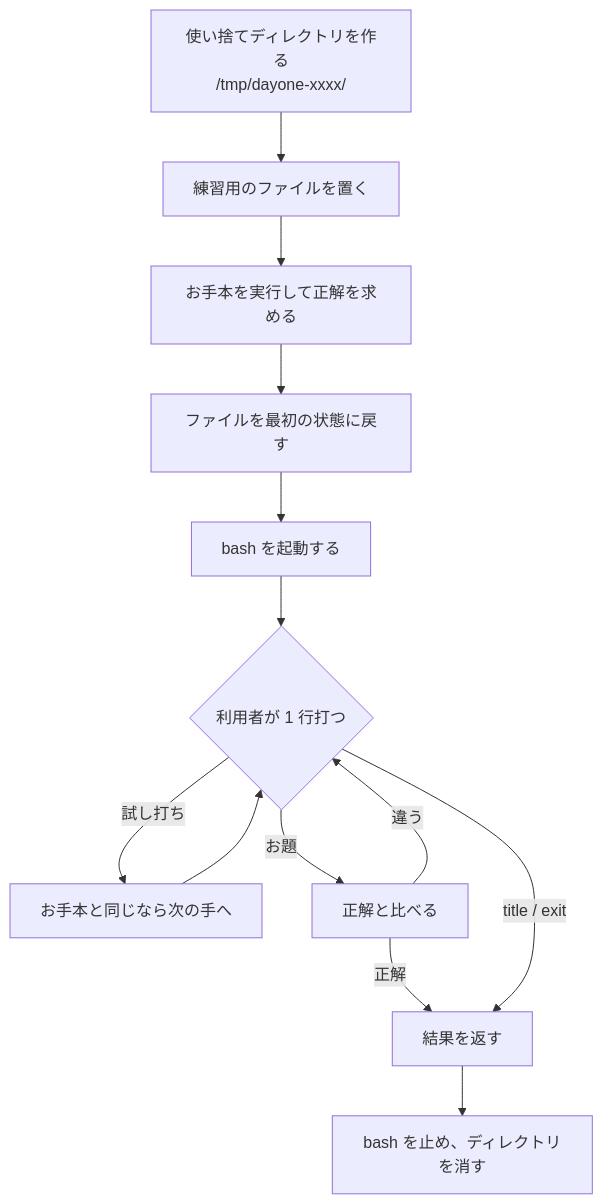
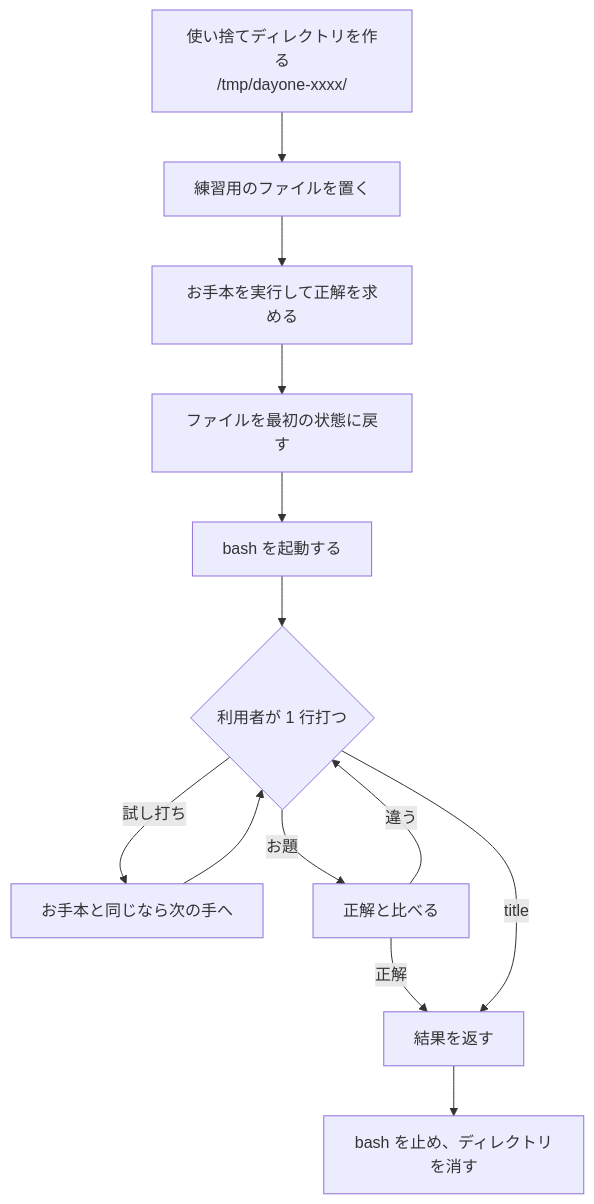
One commit to kasumiyanagita/day-one changed the third of 3 diagrams in docs/architecture.md. Above: the diagram before and after it, drawn with Mermaid. The commit also changed other lines of this file and 12 other files, not shown here.

````diff
--- a/docs/architecture.md
+++ b/docs/architecture.md
@@ -135,15 +135,15 @@
 ```mermaid
 flowchart TD
     A["使い捨てディレクトリを作る<br>/tmp/dayone-xxxx/"] --> B["練習用のファイルを置く"]
     B --> C["お手本を実行して正解を求める"]
     C --> D["ファイルを最初の状態に戻す"]
     D --> E["bash を起動する"]
     E --> F{"利用者が 1 行打つ"}
     F -->|試し打ち| G["お手本と同じなら次の手へ"]
     F -->|お題| H["正解と比べる"]
     G --> F
     H -->|違う| F
     H -->|正解| I["結果を返す"]
-    F -->|"title / exit"| I
+    F -->|"title"| I
     I --> J["bash を止め、ディレクトリを消す"]
 ```
````
